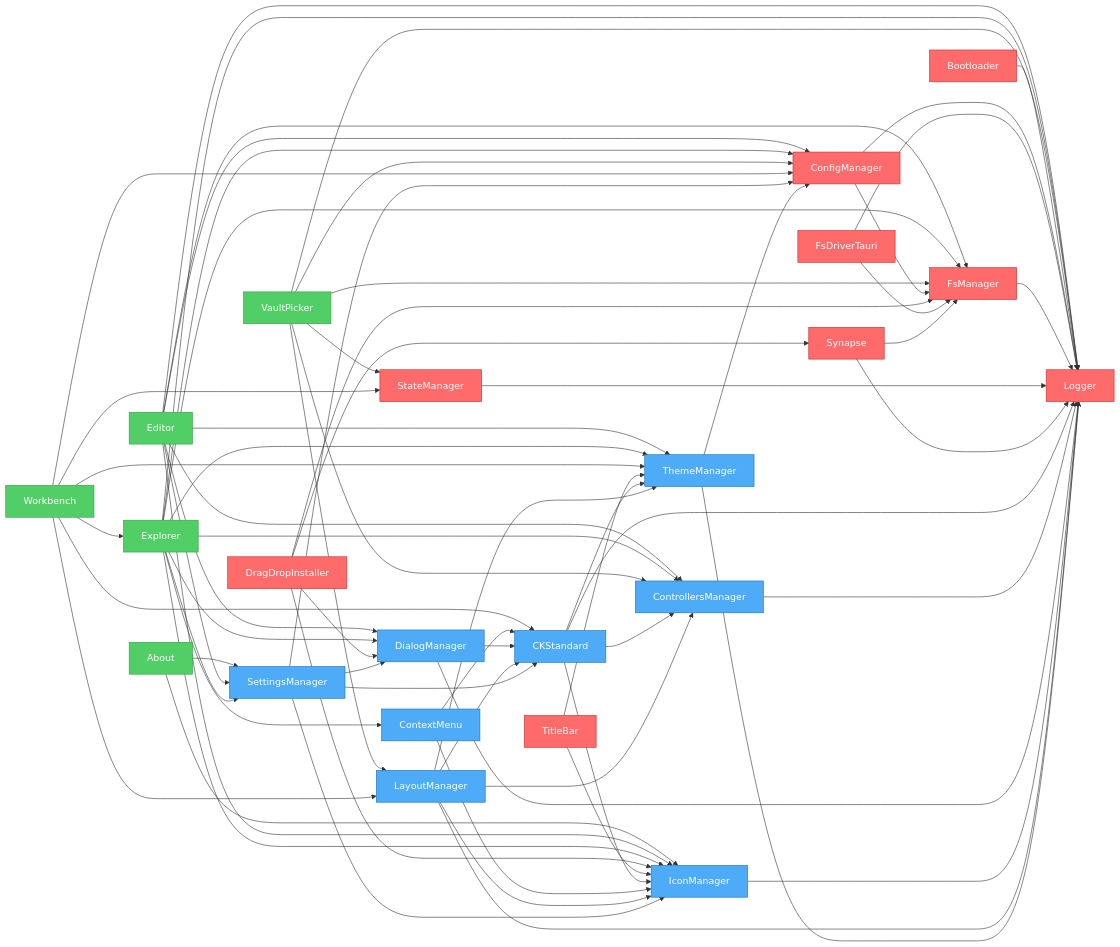
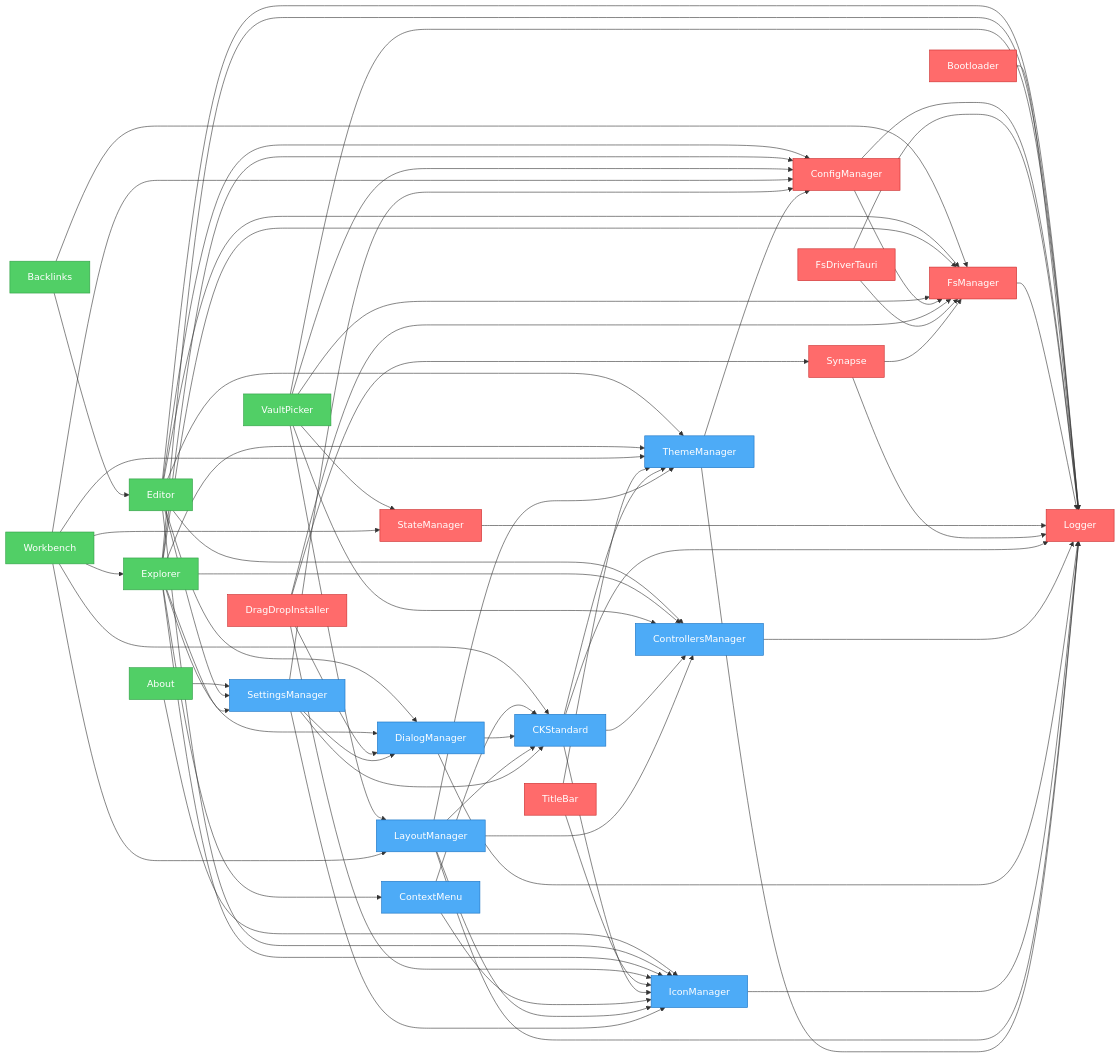
The diagram in artifacts/graph.mmd (khton-tech/notehub.md), drawn with Mermaid before and after one commit. The commit also changed 28 other files, not shown here.

Commit message:
feat: Introduce backlinks plugin and implement CodeMirror portals/widgets for the editor.

```diff
--- a/artifacts/graph.mmd
+++ b/artifacts/graph.mmd
@@ -1,99 +1,102 @@
 flowchart LR
     nh_features_about["About"]
+    nh_features_backlinks["Backlinks"]
     nh_features_editor["Editor"]
     nh_features_explorer["Explorer"]
     nh_features_vault-picker["VaultPicker"]
     nh_features_workbench["Workbench"]
     nh_system_bootloader["Bootloader"]
     nh_system_config-manager["ConfigManager"]
     nh_system_drag-drop["DragDropInstaller"]
     nh_system_fs-driver-tauri["FsDriverTauri"]
     nh_system_fs-manager["FsManager"]
     nh_system_logger["Logger"]
     nh_system_state-manager["StateManager"]
     nh_system_synapse["Synapse"]
     nh_system_titlebar["TitleBar"]
     nh_ui_ck-standard["CKStandard"]
     nh_ui_context-menu["ContextMenu"]
     nh_ui_controllers-manager["ControllersManager"]
     nh_ui_dialog-manager["DialogManager"]
     nh_ui_icon-manager["IconManager"]
     nh_ui_layout-manager["LayoutManager"]
     nh_ui_settings-manager["SettingsManager"]
     nh_ui_theme-manager["ThemeManager"]
     nh_features_about --> nh_ui_settings-manager
     nh_features_about --> nh_ui_icon-manager
+    nh_features_backlinks --> nh_features_editor
+    nh_features_backlinks --> nh_system_fs-manager
     nh_features_editor --> nh_system_config-manager
     nh_features_editor --> nh_ui_settings-manager
     nh_features_editor --> nh_system_fs-manager
     nh_features_editor --> nh_system_logger
     nh_features_editor --> nh_ui_controllers-manager
     nh_features_editor --> nh_ui_dialog-manager
     nh_features_editor --> nh_ui_icon-manager
     nh_features_editor --> nh_ui_theme-manager
     nh_features_explorer --> nh_system_config-manager
     nh_features_explorer --> nh_ui_settings-manager
     nh_features_explorer --> nh_system_fs-manager
     nh_features_explorer --> nh_system_logger
     nh_features_explorer --> nh_ui_controllers-manager
     nh_features_explorer --> nh_ui_icon-manager
     nh_features_explorer --> nh_ui_theme-manager
     nh_features_explorer --> nh_ui_context-menu
     nh_features_explorer --> nh_ui_dialog-manager
     nh_features_vault-picker --> nh_system_fs-manager
     nh_features_vault-picker --> nh_system_config-manager
     nh_features_vault-picker --> nh_system_state-manager
     nh_features_vault-picker --> nh_system_logger
     nh_features_vault-picker --> nh_ui_controllers-manager
     nh_features_vault-picker --> nh_ui_layout-manager
     nh_features_workbench --> nh_system_config-manager
     nh_features_workbench --> nh_ui_layout-manager
     nh_features_workbench --> nh_ui_theme-manager
     nh_features_workbench --> nh_ui_ck-standard
     nh_features_workbench --> nh_system_state-manager
     nh_features_workbench --> nh_features_explorer
     nh_system_bootloader --> nh_system_logger
     nh_system_config-manager --> nh_system_logger
     nh_system_config-manager --> nh_system_fs-manager
     nh_system_drag-drop --> nh_ui_icon-manager
     nh_system_drag-drop --> nh_ui_dialog-manager
     nh_system_drag-drop --> nh_system_fs-manager
     nh_system_drag-drop --> nh_system_synapse
     nh_system_fs-driver-tauri --> nh_system_logger
     nh_system_fs-driver-tauri --> nh_system_fs-manager
     nh_system_fs-manager --> nh_system_logger
     nh_system_state-manager --> nh_system_logger
     nh_system_synapse --> nh_system_fs-manager
     nh_system_synapse --> nh_system_logger
     nh_system_titlebar --> nh_ui_icon-manager
     nh_system_titlebar --> nh_ui_theme-manager
     nh_ui_ck-standard --> nh_system_logger
     nh_ui_ck-standard --> nh_ui_controllers-manager
     nh_ui_ck-standard --> nh_ui_icon-manager
     nh_ui_ck-standard --> nh_ui_theme-manager
     nh_ui_context-menu --> nh_ui_icon-manager
     nh_ui_context-menu --> nh_ui_ck-standard
     nh_ui_controllers-manager --> nh_system_logger
     nh_ui_dialog-manager --> nh_system_logger
     nh_ui_dialog-manager --> nh_ui_ck-standard
     nh_ui_icon-manager --> nh_system_logger
     nh_ui_layout-manager --> nh_system_logger
     nh_ui_layout-manager --> nh_ui_theme-manager
     nh_ui_layout-manager --> nh_ui_icon-manager
     nh_ui_layout-manager --> nh_ui_controllers-manager
     nh_ui_layout-manager --> nh_ui_ck-standard
     nh_ui_settings-manager --> nh_system_config-manager
     nh_ui_settings-manager --> nh_ui_ck-standard
     nh_ui_settings-manager --> nh_ui_icon-manager
     nh_ui_settings-manager --> nh_ui_dialog-manager
     nh_ui_theme-manager --> nh_system_logger
     nh_ui_theme-manager --> nh_system_config-manager
 
     %% Styles
     classDef system fill:#ff6b6b,stroke:#c92a2a,color:#fff
     classDef ui fill:#4dabf7,stroke:#1971c2,color:#fff
     classDef feature fill:#51cf66,stroke:#2f9e44,color:#fff
     class nh_features_about,nh_features_vault-picker feature
-    class nh_features_editor,nh_features_explorer,nh_features_workbench feature
+    class nh_features_backlinks,nh_features_editor,nh_features_explorer,nh_features_workbench feature
     class nh_system_bootloader,nh_system_config-manager,nh_system_drag-drop,nh_system_fs-driver-tauri,nh_system_fs-manager,nh_system_logger,nh_system_state-manager,nh_system_synapse,nh_system_titlebar system
     class nh_ui_ck-standard,nh_ui_context-menu,nh_ui_controllers-manager,nh_ui_dialog-manager,nh_ui_icon-manager,nh_ui_layout-manager,nh_ui_settings-manager,nh_ui_theme-manager ui
```
